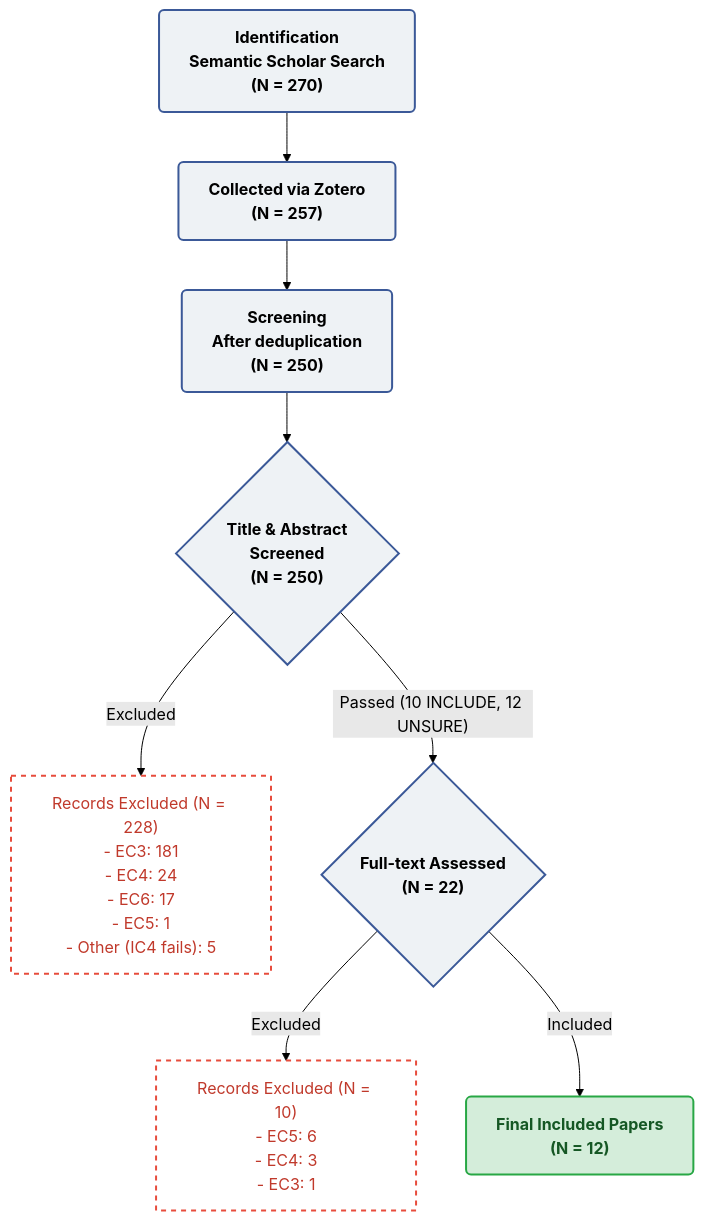
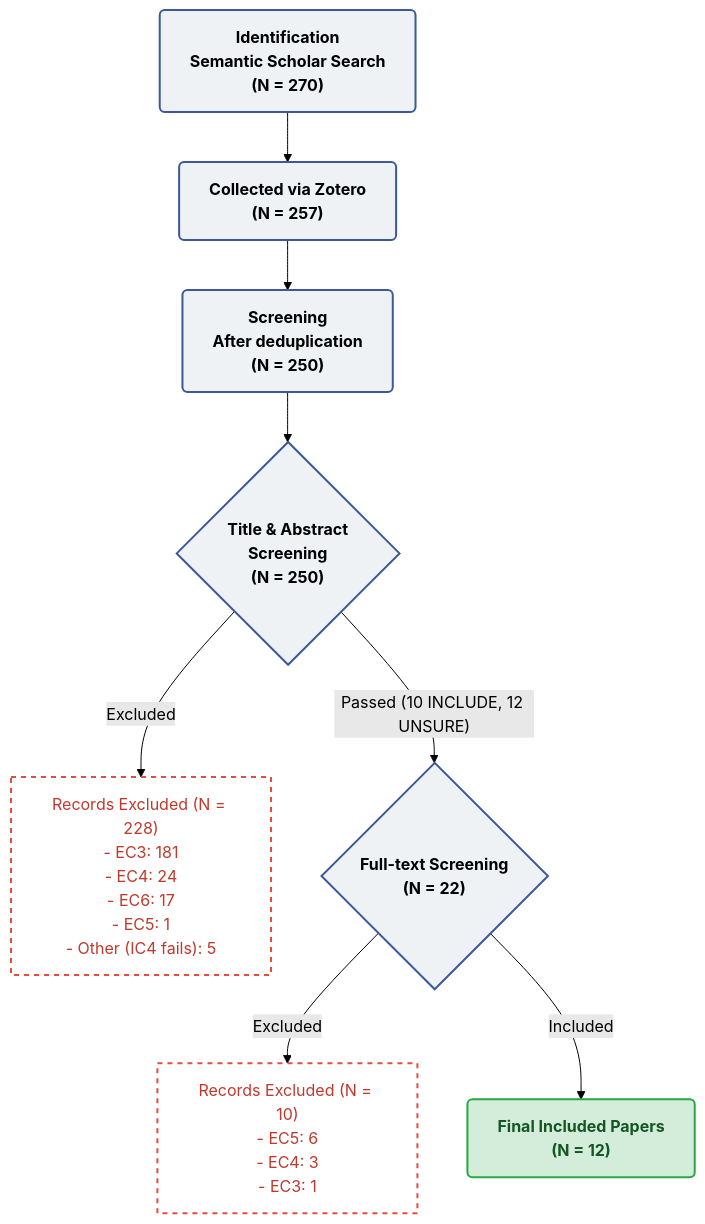
One commit to Khenggg/SE1944_LLM_Unit_Test_Generation changed the diagram in SLR/prisma-flow.md. Above: the diagram before and after it, drawn with Mermaid (forest theme).

Commit message:
Final commit

````diff
--- a/SLR/prisma-flow.md
+++ b/SLR/prisma-flow.md
@@ -3,20 +3,20 @@
 ```mermaid
 flowchart TD
     %% Define Styles
     classDef mainNode fill:#eef2f5,stroke:#3b5998,stroke-width:2px,color:#000,font-weight:bold,rx:5px,ry:5px;
     classDef subNode fill:#fff,stroke:#e74c3c,stroke-width:2px,color:#c0392b,stroke-dasharray: 5 5;
     classDef resultNode fill:#d4edda,stroke:#28a745,stroke-width:2px,color:#155724,font-weight:bold,rx:5px,ry:5px;
     
     A1["Identification<br/>Semantic Scholar Search<br/>(N = 270)"]:::mainNode --> A2["Collected via Zotero<br/>(N = 257)"]:::mainNode
     A2 --> B["Screening<br/>After deduplication<br/>(N = 250)"]:::mainNode
     
-    B --> C{"Title & Abstract<br/>Screened<br/>(N = 250)"}:::mainNode
+    B --> C{"Title & Abstract<br/>Screening<br/>(N = 250)"}:::mainNode
     
     C -- Excluded --> D["Records Excluded (N = 228)<br/>- EC3: 181<br/>- EC4: 24<br/>- EC6: 17<br/>- EC5: 1<br/>- Other (IC4 fails): 5"]:::subNode
     
-    C -- Passed (10 INCLUDE, 12 UNSURE) --> E{"Full-text Assessed<br/>(N = 22)"}:::mainNode
+    C -- Passed (10 INCLUDE, 12 UNSURE) --> E{"Full-text Screening<br/>(N = 22)"}:::mainNode
     
     E -- Excluded --> F["Records Excluded (N = 10)<br/>- EC5: 6<br/>- EC4: 3<br/>- EC3: 1"]:::subNode
     
     E -- Included --> G["Final Included Papers<br/>(N = 12)"]:::resultNode
 ```
````
